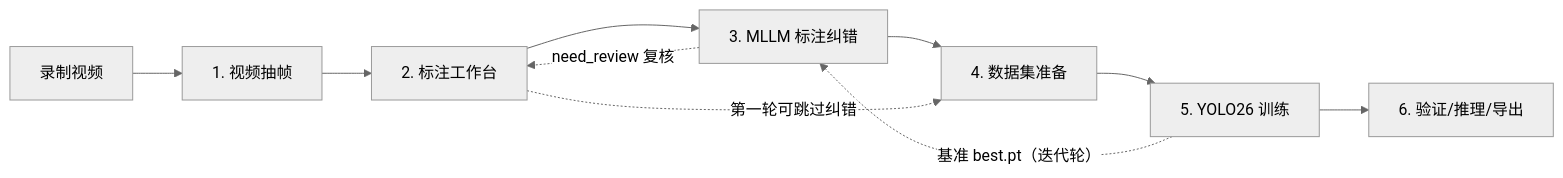
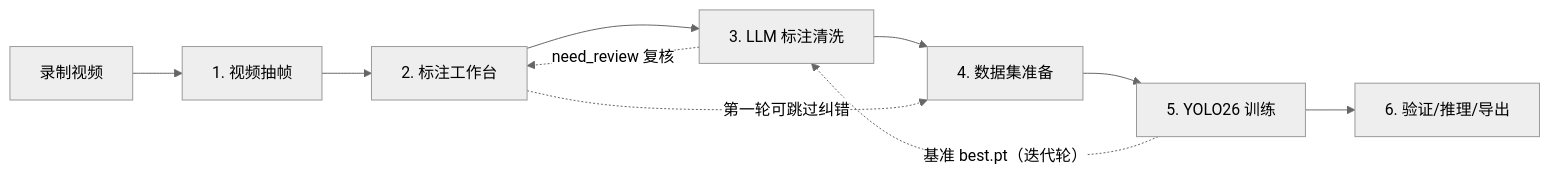
The diagram in docs/002_YOLO26训练使用说明.md (wonglyxng/YoloStudio), drawn with Mermaid (neutral theme) before and after one commit. The commit also changed other lines of this file and 6 other files, not shown here.

````diff
--- a/docs/002_YOLO26训练使用说明.md
+++ b/docs/002_YOLO26训练使用说明.md
@@ -11,7 +11,7 @@
 ```mermaid
 flowchart LR
-    V["录制视频"] --> T1["1. 视频抽帧"] --> T2["2. 标注工作台"] --> T3["3. MLLM 标注纠错"] --> T4["4. 数据集准备"] --> T5["5. YOLO26 训练"] --> T6["6. 验证/推理/导出"]
+    V["录制视频"] --> T1["1. 视频抽帧"] --> T2["2. 标注工作台"] --> T3["3. LLM 标注清洗"] --> T4["4. 数据集准备"] --> T5["5. YOLO26 训练"] --> T6["6. 验证/推理/导出"]
     T2 -. "第一轮可跳过纠错" .-> T4
     T5 -. "基准 best.pt（迭代轮）" .-> T3
     T3 -. "need_review 复核" .-> T2
 ```
````
